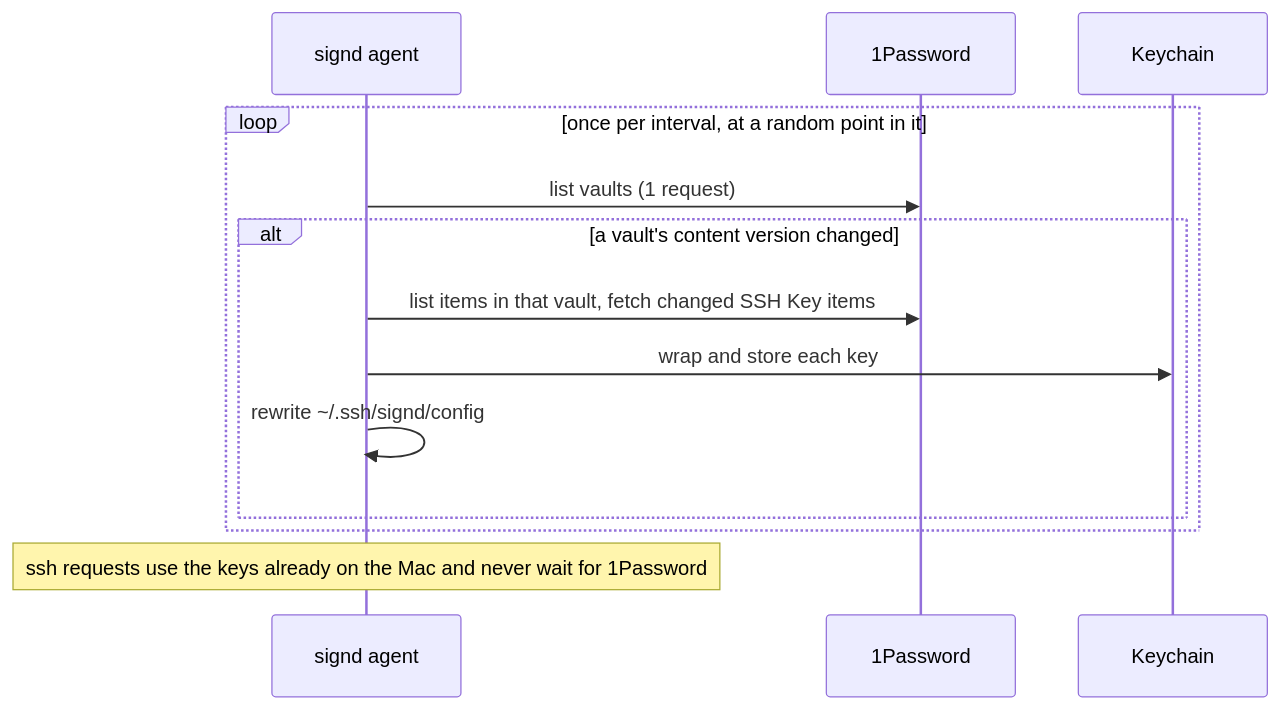
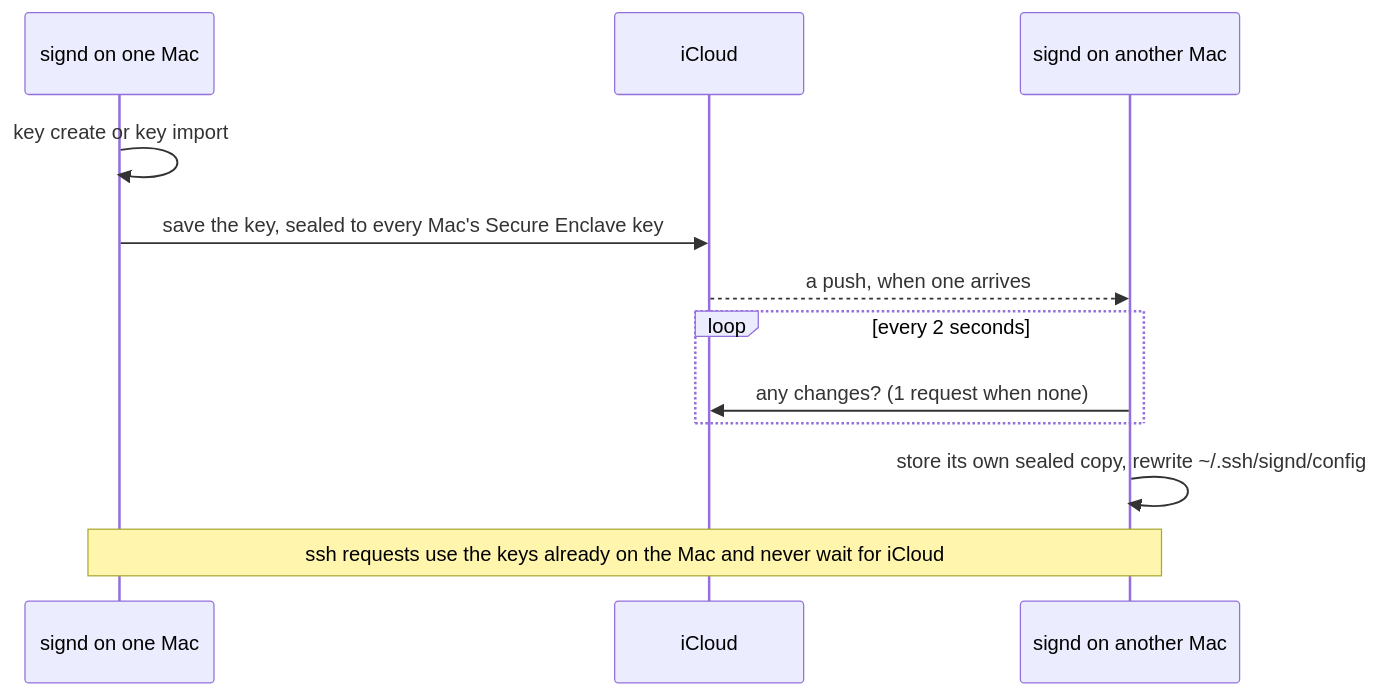
Before and after one commit to victor-software-house/keychain-agent: the third of 3 diagrams in README.md, drawn with Mermaid. The commit also changed other lines of this file and 34 other files, not shown here.

First line of the commit message:
feat: share keys between devices through iCloud in place of 1Password

````diff
--- a/README.md
+++ b/README.md
@@ -83,15 +84,14 @@
 ```mermaid
 sequenceDiagram
-  participant A as signd agent
-  participant O as 1Password
-  participant K as Keychain
-  loop once per interval, at a random point in it
-    A->>O: list vaults (1 request)
-    alt a vault's content version changed
-      A->>O: list items in that vault, fetch changed SSH Key items
-      A->>K: wrap and store each key
-      A->>A: rewrite ~/.ssh/signd/config
-    end
+  participant A as signd on one Mac
+  participant C as iCloud
+  participant B as signd on another Mac
+  A->>A: key create or key import
+  A->>C: save the key, sealed to every Mac's Secure Enclave key
+  C-->>B: a push, when one arrives
+  loop every 2 seconds
+    B->>C: any changes? (1 request when none)
   end
-  Note over A: ssh requests use the keys already on the Mac and never wait for 1Password
+  B->>B: store its own sealed copy, rewrite ~/.ssh/signd/config
+  Note over A,B: ssh requests use the keys already on the Mac and never wait for iCloud
 ```
````
